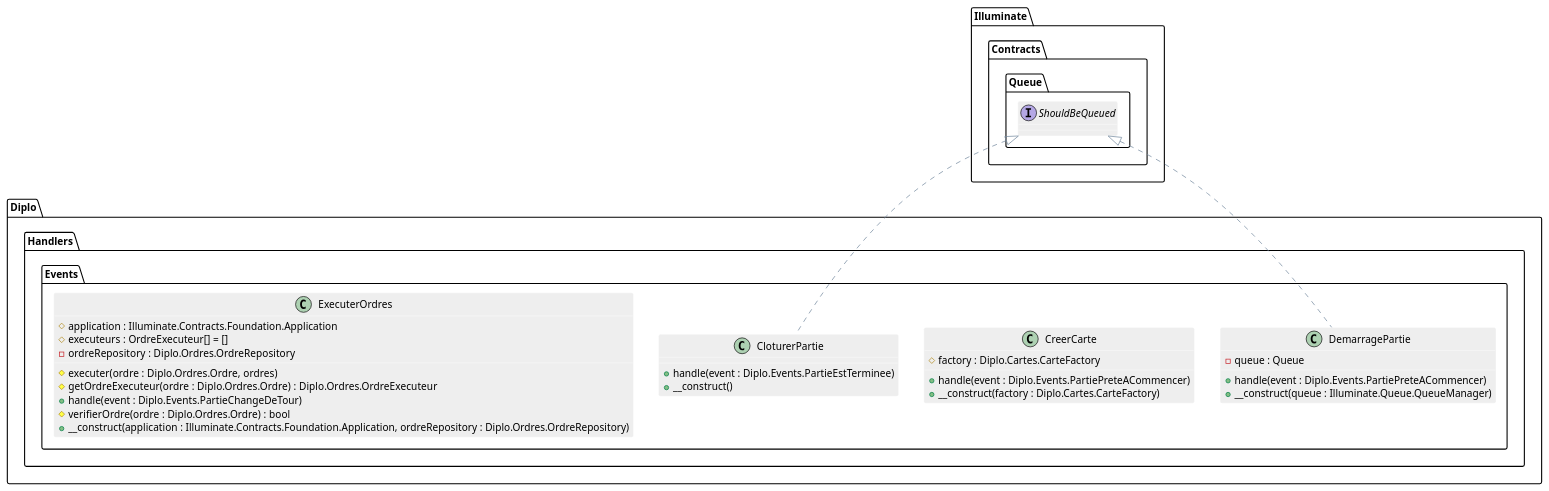
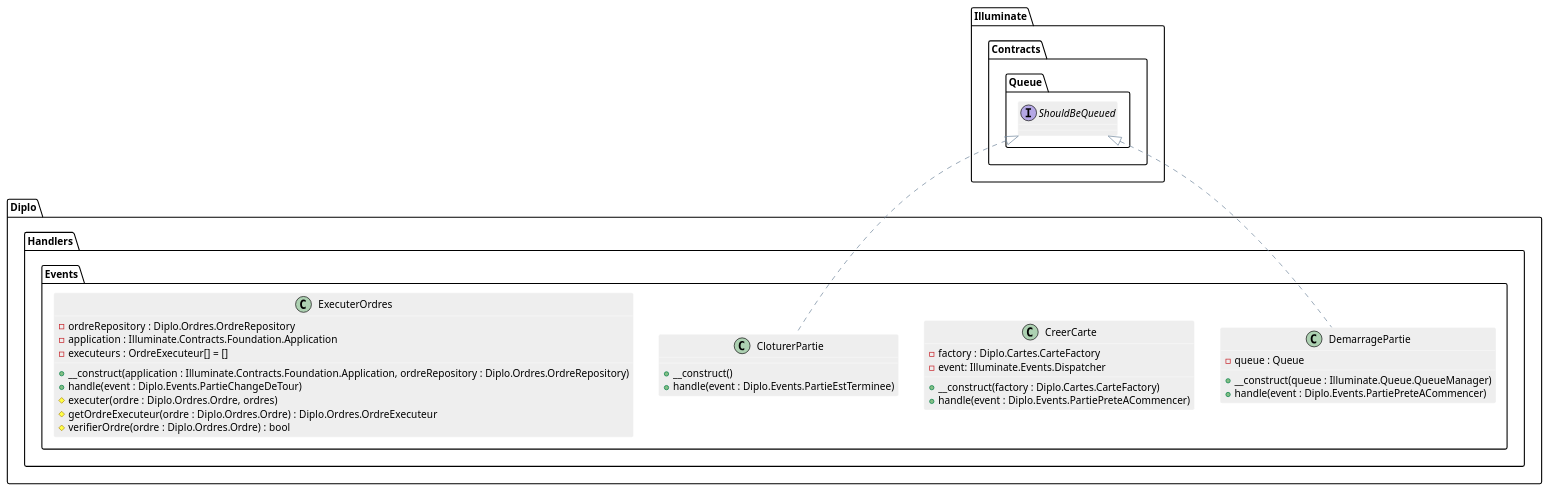
One commit to AntoineAugusti/diplo changed the diagram in rapports/final/diagrammes/php-export-cut/Handlers.plantuml. Above: the diagram before and after it, drawn with PlantUML. The commit also changed 8 other files, not shown here.

```diff
--- a/rapports/final/diagrammes/php-export-cut/Handlers.plantuml
+++ b/rapports/final/diagrammes/php-export-cut/Handlers.plantuml
@@ -1,91 +1,92 @@
 @startuml
 
 skinparam shadowing false
 skinparam stereotypeCBackgroundColor #5B9BD5
 ' skinparam backgroundColor transparent
 
 skinparam note {
   BackgroundColor #73AE42
   BorderColor #6CA43E
   FontColor white
 }
 
 skinparam class {
   BackgroundColor #EEEEEE
   ArrowColor #758A9F
   BorderColor #FFFFFF
 }
 
 skinparam sequence {
   ArrowColor #6CA43E
 
   LifeLineBorderColor #6CA43E
   LifeLineBackgroundColor #73AE42
 
   ParticipantBorderColor #2E75B5
   ParticipantBackgroundColor #5B9BD5
 
   ActorBorderColor #2E75B5
   ActorBackgroundColor #5B9BD5
 
   BoxLineColor #A5A5A5
 }
 
 skinparam state {
   BackgroundColor #EEEEEE
   ArrowColor #758A9F
   BorderColor #9E9E9E
 }
 
 skinparam usecase {
   BackgroundColor #EEEEEE
   BorderColor #9E9E9E
 
   ArrowColor #6CA43E
   ActorBorderColor #6CA43E
 }
 
 skinparam component {
   BackgroundColor #EEEEEE
   ArrowColor #758A9F
   BorderColor #9E9E9E
 }
 
 skinparam node {
   BackgroundColor #FFFFFF
   ArrowColor #758A9F
   BorderColor #9E9E9E
 }
 
 skinparam database {
   BackgroundColor #EEEEEE
   ArrowColor #758A9F
   BorderColor #9E9E9E
 }
 class Diplo.Handlers.Events.DemarragePartie {
     -queue : Queue
+    +__construct(queue : Illuminate.Queue.QueueManager)
     +handle(event : Diplo.Events.PartiePreteACommencer)
-    +__construct(queue : Illuminate.Queue.QueueManager)
 }
 class Diplo.Handlers.Events.DemarragePartie implements Illuminate.Contracts.Queue.ShouldBeQueued
 class Diplo.Handlers.Events.CreerCarte {
-    #factory : Diplo.Cartes.CarteFactory
+    -factory : Diplo.Cartes.CarteFactory
+    -event: Illuminate.Events.Dispatcher
+    +__construct(factory : Diplo.Cartes.CarteFactory)
     +handle(event : Diplo.Events.PartiePreteACommencer)
-    +__construct(factory : Diplo.Cartes.CarteFactory)
 }
 class Diplo.Handlers.Events.CloturerPartie {
+    +__construct()
     +handle(event : Diplo.Events.PartieEstTerminee)
-    +__construct()
 }
 class Diplo.Handlers.Events.CloturerPartie implements Illuminate.Contracts.Queue.ShouldBeQueued
 class Diplo.Handlers.Events.ExecuterOrdres {
-    #application : Illuminate.Contracts.Foundation.Application
-    #executeurs : OrdreExecuteur[] = []
     -ordreRepository : Diplo.Ordres.OrdreRepository
+    -application : Illuminate.Contracts.Foundation.Application
+    -executeurs : OrdreExecuteur[] = []
+    +__construct(application : Illuminate.Contracts.Foundation.Application, ordreRepository : Diplo.Ordres.OrdreRepository)
+    +handle(event : Diplo.Events.PartieChangeDeTour)
     #executer(ordre : Diplo.Ordres.Ordre, ordres)
     #getOrdreExecuteur(ordre : Diplo.Ordres.Ordre) : Diplo.Ordres.OrdreExecuteur
-    +handle(event : Diplo.Events.PartieChangeDeTour)
     #verifierOrdre(ordre : Diplo.Ordres.Ordre) : bool
-    +__construct(application : Illuminate.Contracts.Foundation.Application, ordreRepository : Diplo.Ordres.OrdreRepository)
 }
 @enduml
```
